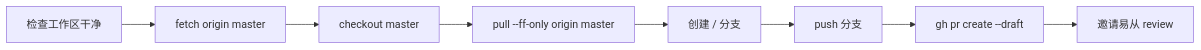
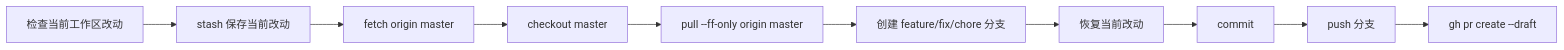
Before and after one commit to huangjin-bit/qishuyouyu-codex-marketplace: the diagram in plugins/qishuyouyu-plugin/README.md, drawn with Mermaid. The commit also changed other lines of this file and 23 other files, not shown here.

````diff
--- a/plugins/qishuyouyu-plugin/README.md
+++ b/plugins/qishuyouyu-plugin/README.md
@@ -34,10 +29,12 @@
 ```mermaid
 flowchart LR
-  A["检查工作区干净"] --> B["fetch origin master"]
-  B --> C["checkout master"]
-  C --> D["pull --ff-only origin master"]
-  D --> E["创建 <profile-name>/<PR功能> 分支"]
-  E --> F["push 分支"]
-  F --> G["gh pr create --draft"]
-  G --> H["邀请易从 review"]
+  A["检查当前工作区改动"] --> B["stash 保存当前改动"]
+  B --> C["fetch origin master"]
+  C --> D["checkout master"]
+  D --> E["pull --ff-only origin master"]
+  E --> F["创建 feature/fix/chore 分支"]
+  F --> G["恢复当前改动"]
+  G --> H["commit"]
+  H --> I["push 分支"]
+  I --> J["gh pr create --draft"]
 ```
````
